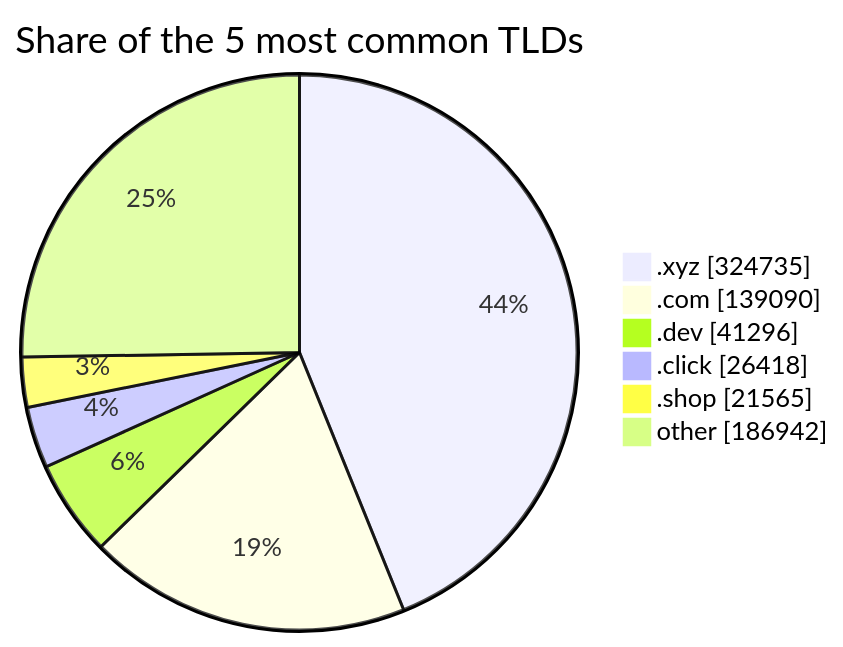
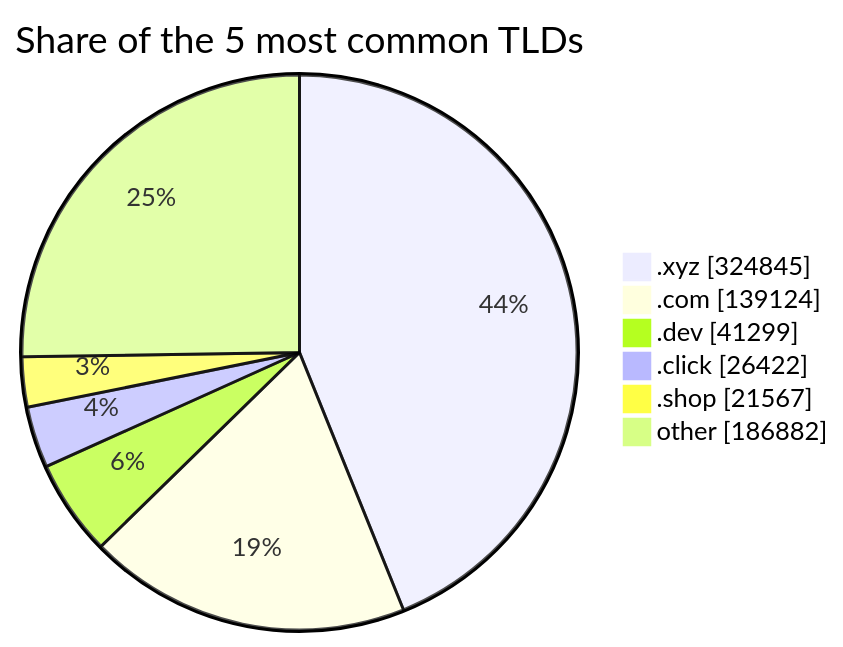
Before and after one commit to DNSBunker/CTI: the third of 3 diagrams in README.md, drawn with Mermaid. The commit also changed other lines of this file and 3 other files, not shown here.

````diff
--- a/README.md
+++ b/README.md
@@ -81,9 +81,9 @@
 ```mermaid
 pie showData title Share of the 5 most common TLDs
-    ".xyz" : 324735
-    ".com" : 139090
-    ".dev" : 41296
-    ".click" : 26418
-    ".shop" : 21565
-    "other" : 186942
+    ".xyz" : 324845
+    ".com" : 139124
+    ".dev" : 41299
+    ".click" : 26422
+    ".shop" : 21567
+    "other" : 186882
 ```
````
